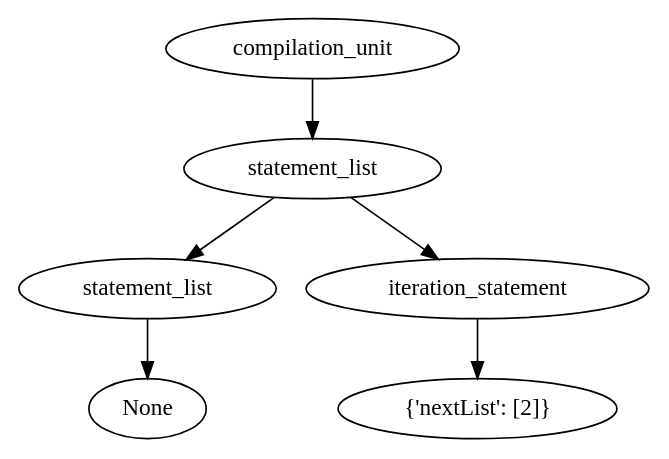
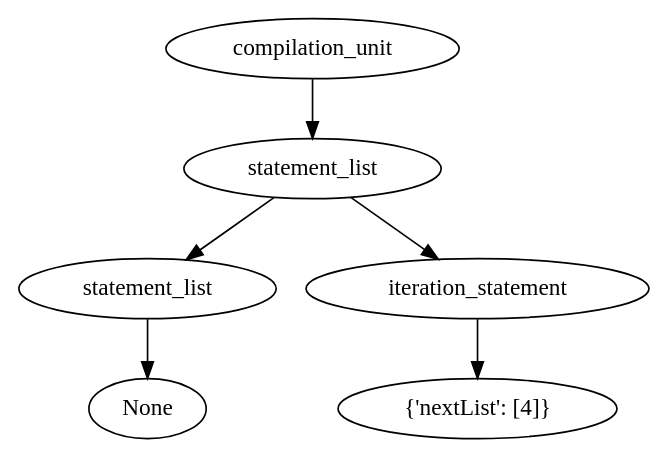
The diagram in test.dot (apeeyush/compiler), drawn with Graphviz before and after one commit. The commit also changed 4 other files, not shown here.

```diff
--- a/test.dot
+++ b/test.dot
@@ -1,13 +1,13 @@
 digraph G{
 id0[label="compilation_unit"];
 id1[label="statement_list"];
 id2[label="statement_list"];
 id3[label="None"];
 id2->id3;
 id4[label="iteration_statement"];
-id5[label="{'nextList': [2]}"];
+id5[label="{'nextList': [4]}"];
 id4->id5;
 id1->id2;
 id1->id4;
 id0->id1;
 }
```
